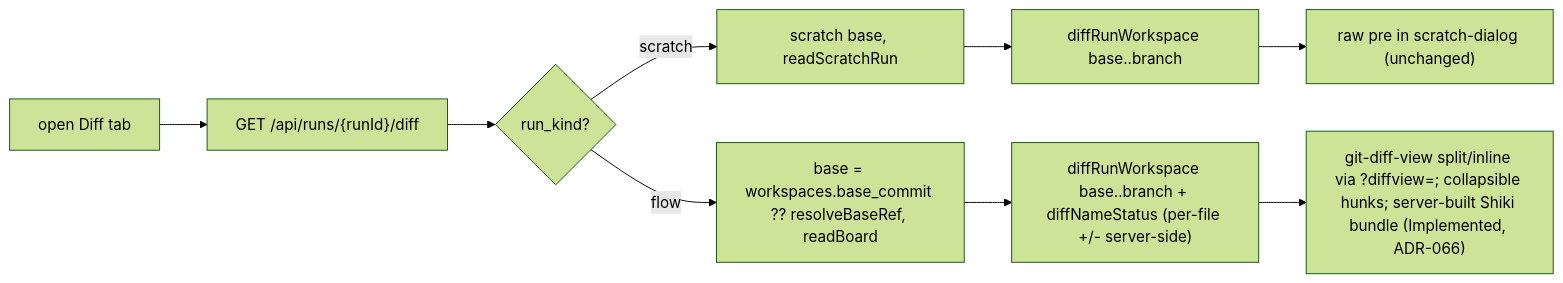
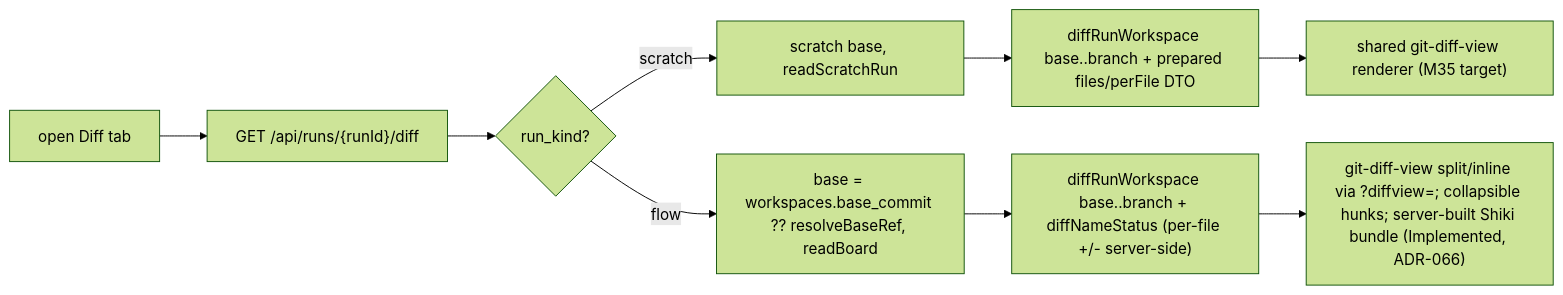
One commit to maister-dev/maister changed the fifth of 5 diagrams in docs/system-analytics/workbench.md. Above: the diagram before and after it, drawn with Mermaid (forest theme). The commit also changed other lines of this file and 60 other files, not shown here.

````diff
--- a/docs/system-analytics/workbench.md
+++ b/docs/system-analytics/workbench.md
@@ -176,11 +183,11 @@
 ```mermaid
 flowchart LR
     OpenD["open Diff tab"] --> Diff["GET /api/runs/{runId}/diff"]
     Diff --> Kind{"run_kind?"}
     Kind -- scratch --> SB["scratch base, readScratchRun"]
     Kind -- flow --> FB["base = workspaces.base_commit ?? resolveBaseRef, readBoard"]
-    SB --> SRange["diffRunWorkspace base..branch"]
+    SB --> SRange["diffRunWorkspace base..branch + prepared files/perFile DTO"]
     FB --> FRange["diffRunWorkspace base..branch + diffNameStatus (per-file +/- server-side)"]
-    SRange --> SPre["raw pre in scratch-dialog (unchanged)"]
+    SRange --> SDV["shared git-diff-view renderer (M35 target)"]
     FRange --> DV["git-diff-view split/inline via ?diffview=; collapsible hunks; server-built Shiki bundle (Implemented, ADR-066)"]
 ```
````
